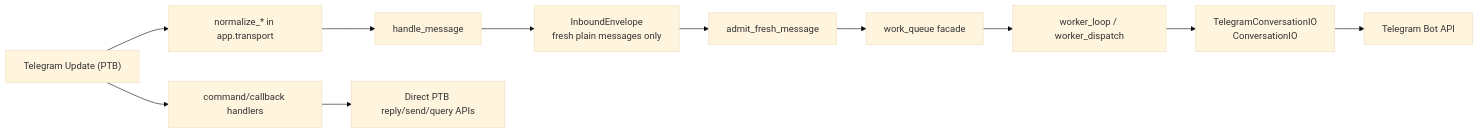
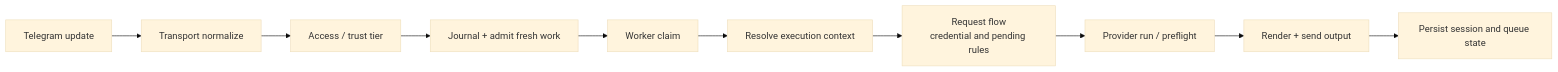
Before and after one commit to privacynow/octopus: the third of 8 diagrams in docs/ARCHITECTURE.md, drawn with Mermaid (base theme). The commit also changed other lines of this file and 2 other files, not shown here.

Commit message:
Refresh architecture and README docs

````diff
--- a/docs/ARCHITECTURE.md
+++ b/docs/ARCHITECTURE.md
@@ -284,14 +432,15 @@
 ```mermaid
 flowchart LR
-    TG["Telegram Update (PTB)"] --> N["normalize_* in app.transport"]
-    N --> HM["handle_message"]
-    HM --> ENV["InboundEnvelope<br/>fresh plain messages only"]
-    ENV --> ADM["admit_fresh_message"]
-    ADM --> WQ["work_queue facade"]
-    WQ --> WL["worker_loop / worker_dispatch"]
-    WL --> CIO["TelegramConversationIO<br/>ConversationIO"]
-    CIO --> BOT["Telegram Bot API"]
+    U["Telegram update"]
+    T["Transport normalize"]
+    A["Access / trust tier"]
+    Q["Journal + admit fresh work"]
+    W["Worker claim"]
+    X["Resolve execution context"]
+    R["Request flow<br/>credential and pending rules"]
+    P["Provider run / preflight"]
+    O["Render + send output"]
+    S["Persist session and queue state"]
 
-    TG --> HC["command/callback handlers"]
-    HC --> PTB["Direct PTB reply/send/query APIs"]
+    U --> T --> A --> Q --> W --> X --> R --> P --> O --> S
 ```
````
